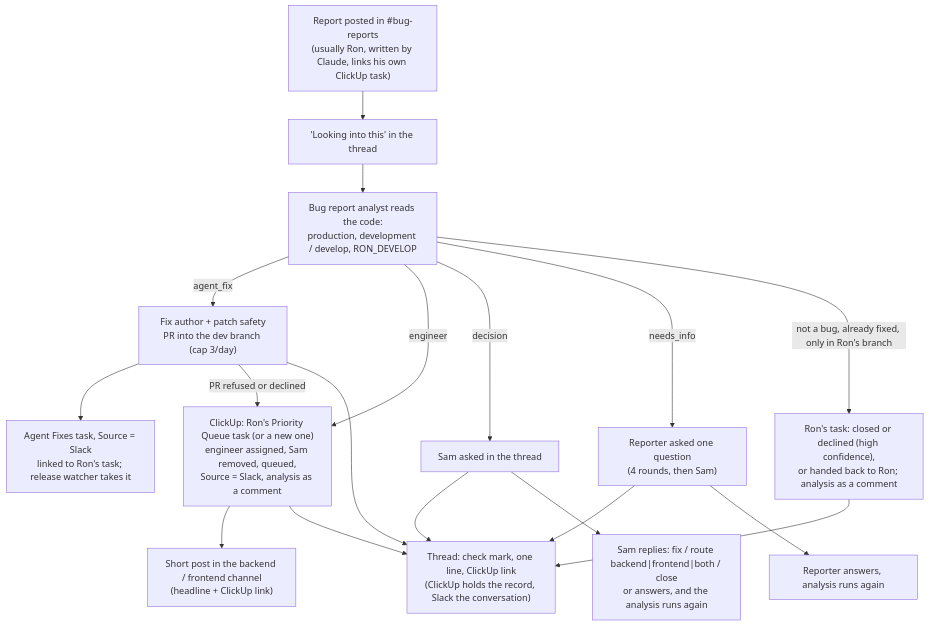
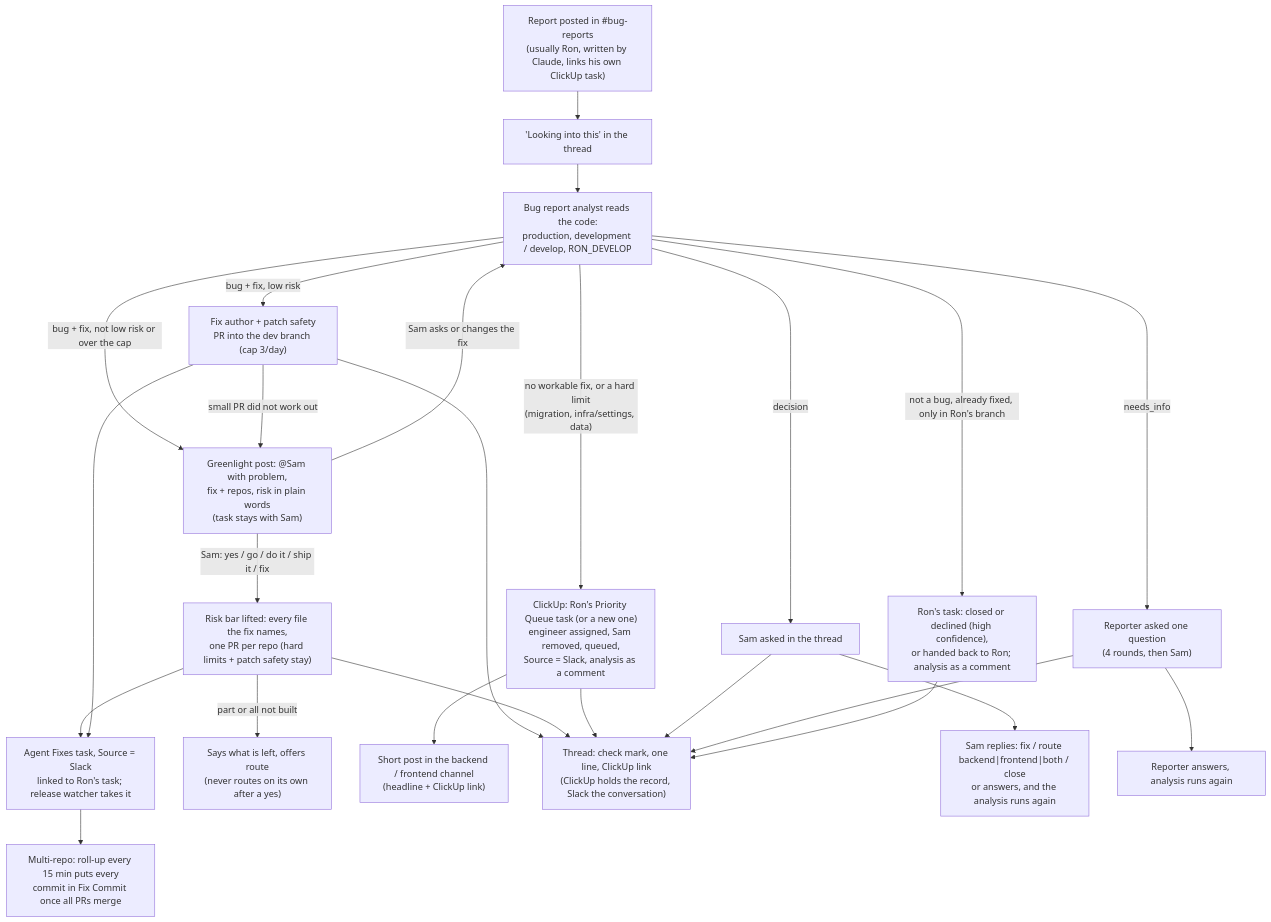
One commit to vomeadmin/vome-os changed the eighth of 9 diagrams in WORKFLOWS.md. Above: the diagram before and after it, drawn with Mermaid. The commit also changed other lines of this file and 39 other files, not shown here.

````diff
--- a/WORKFLOWS.md
+++ b/WORKFLOWS.md
@@ -158,16 +158,22 @@
 ```mermaid
 flowchart TD
   R["Report posted in #bug-reports<br/>(usually Ron, written by Claude, links his own ClickUp task)"]:::built --> ACK["'Looking into this' in the thread"]:::built
   ACK --> AN["Bug report analyst reads the code:<br/>production, development / develop, RON_DEVELOP"]:::built
-  AN -->|agent_fix| FX["Fix author + patch safety<br/>PR into the dev branch (cap 3/day)"]:::built
+  AN -->|"bug + fix, low risk"| FX["Fix author + patch safety<br/>PR into the dev branch (cap 3/day)"]:::built
+  AN -->|"bug + fix, not low risk or over the cap"| GL["Greenlight post: @Sam with problem,<br/>fix + repos, risk in plain words<br/>(task stays with Sam)"]:::built
+  FX -->|small PR did not work out| GL
+  GL -->|"Sam: yes / go / do it / ship it / fix"| GB["Risk bar lifted: every file the fix names,<br/>one PR per repo (hard limits + patch safety stay)"]:::built
+  GL -->|"Sam asks or changes the fix"| AN
+  GB --> AF
+  GB -->|"part or all not built"| OFF["Says what is left, offers route<br/>(never routes on its own after a yes)"]:::built
+  AF --> RU["Multi-repo: roll-up every 15 min puts every<br/>commit in Fix Commit once all PRs merge"]:::built
   FX --> AF["Agent Fixes task, Source = Slack<br/>linked to Ron's task; release watcher takes it"]:::built
-  FX -->|PR refused or declined| EN
-  AN -->|engineer| EN["ClickUp: Ron's Priority Queue task (or a new one)<br/>engineer assigned, Sam removed, queued,<br/>Source = Slack, analysis as a comment"]:::built
+  AN -->|"no workable fix, or a hard limit<br/>(migration, infra/settings, data)"| EN["ClickUp: Ron's Priority Queue task (or a new one)<br/>engineer assigned, Sam removed, queued,<br/>Source = Slack, analysis as a comment"]:::built
   EN --> CH["Short post in the backend / frontend channel<br/>(headline + ClickUp link)"]:::built
   AN -->|decision| SAM["Sam asked in the thread"]:::built
   AN -->|needs_info| ASK["Reporter asked one question<br/>(4 rounds, then Sam)"]:::built
   AN -->|not a bug, already fixed, only in Ron's branch| FIN["Ron's task: closed or declined (high confidence),<br/>or handed back to Ron; analysis as a comment"]:::built
-  FX & EN & SAM & ASK & FIN --> TH["Thread: check mark, one line, ClickUp link<br/>(ClickUp holds the record, Slack the conversation)"]:::built
+  FX & GB & EN & SAM & ASK & FIN --> TH["Thread: check mark, one line, ClickUp link<br/>(ClickUp holds the record, Slack the conversation)"]:::built
   SAM --> CMD["Sam replies: fix / route backend|frontend|both / close<br/>or answers, and the analysis runs again"]:::built
   ASK --> RE["Reporter answers, analysis runs again"]:::built
 ```
````
